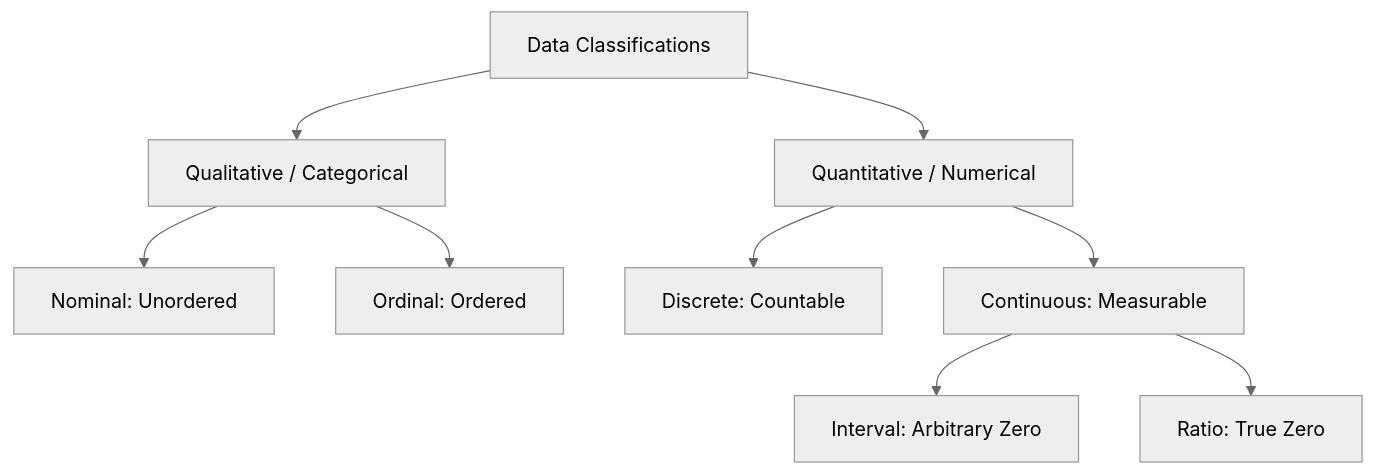
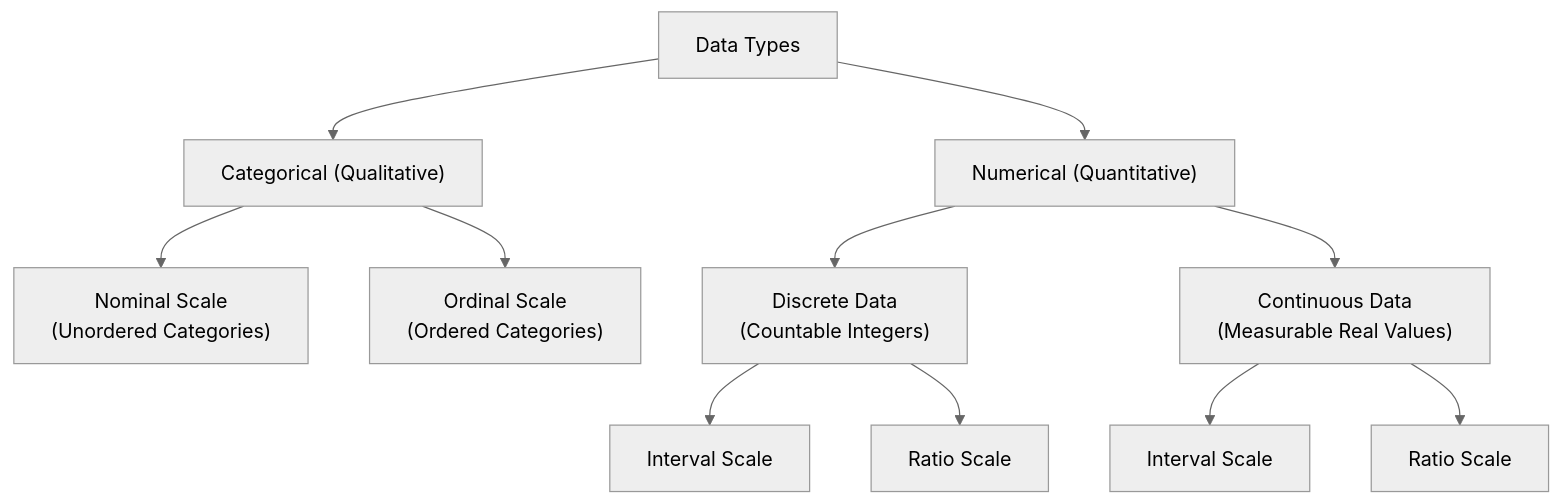
The diagram in notes/data_analysis/Chapter2_Types_of_Data.md (DeepLumiere/DeepSkills), drawn with Mermaid (neutral theme) before and after one commit. The commit also changed other lines of this file and 3 other files, not shown here.

Commit message:
docs: overhaul study notes with structured bullets, diagrams, formulas, and tables across subjects

````diff
--- a/notes/data_analysis/Chapter2_Types_of_Data.md
+++ b/notes/data_analysis/Chapter2_Types_of_Data.md
@@ -93,15 +66,16 @@
 ```mermaid
-graph TD
-    Data[Data Classifications]
-    Data --> Qual[Qualitative / Categorical]
-    Data --> Quant[Quantitative / Numerical]
+flowchart TD
+    Data["Data Types"] --> Qual["Categorical (Qualitative)"]
+    Data --> Quant["Numerical (Quantitative)"]
 
-    Qual --> Nom[Nominal: Unordered]
-    Qual --> Ord[Ordinal: Ordered]
+    Qual --> Nom["Nominal Scale\n(Unordered Categories)"]
+    Qual --> Ord["Ordinal Scale\n(Ordered Categories)"]
 
-    Quant --> Disc[Discrete: Countable]
-    Quant --> Cont[Continuous: Measurable]
+    Quant --> Disc["Discrete Data\n(Countable Integers)"]
+    Quant --> Cont["Continuous Data\n(Measurable Real Values)"]
 
-    Cont --> Int[Interval: Arbitrary Zero]
-    Cont --> Rat[Ratio: True Zero]
+    Disc --> Int1["Interval Scale"]
+    Disc --> Rat1["Ratio Scale"]
+    Cont --> Int2["Interval Scale"]
+    Cont --> Rat2["Ratio Scale"]
 ```
````
